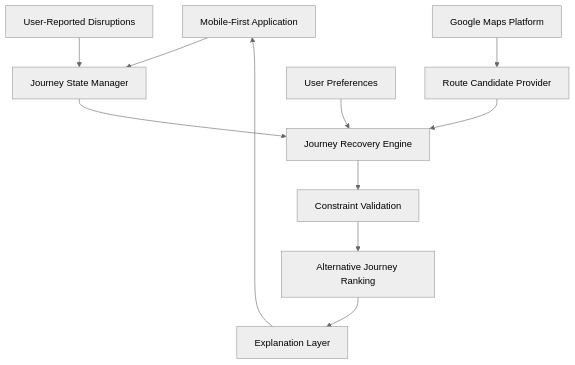
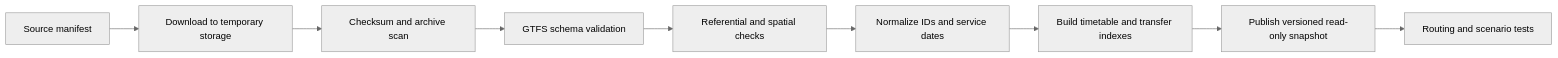
The second of 2 diagrams in README.md (DSGAMING98/NammaLink), drawn with Mermaid (neutral theme) before and after one commit. The commit also changed other lines of this file, not shown here.

````diff
--- a/README.md
+++ b/README.md
@@ -76,13 +258,11 @@
 ```mermaid
-flowchart TD
-    A["Mobile-First Application"] --> B["Journey State Manager"]
-    C["Google Maps Platform"] --> D["Route Candidate Provider"]
-    E["User-Reported Disruptions"] --> B
-    B --> F["Journey Recovery Engine"]
-    D --> F
-    G["User Preferences"] --> F
-    F --> H["Constraint Validation"]
-    H --> I["Alternative Journey Ranking"]
-    I --> J["Explanation Layer"]
-    J --> A
+flowchart LR
+    A["Source manifest"] --> B["Download to temporary storage"]
+    B --> C["Checksum and archive scan"]
+    C --> D["GTFS schema validation"]
+    D --> E["Referential and spatial checks"]
+    E --> F["Normalize IDs and service dates"]
+    F --> G["Build timetable and transfer indexes"]
+    G --> H["Publish versioned read-only snapshot"]
+    H --> I["Routing and scenario tests"]
 ```
````
